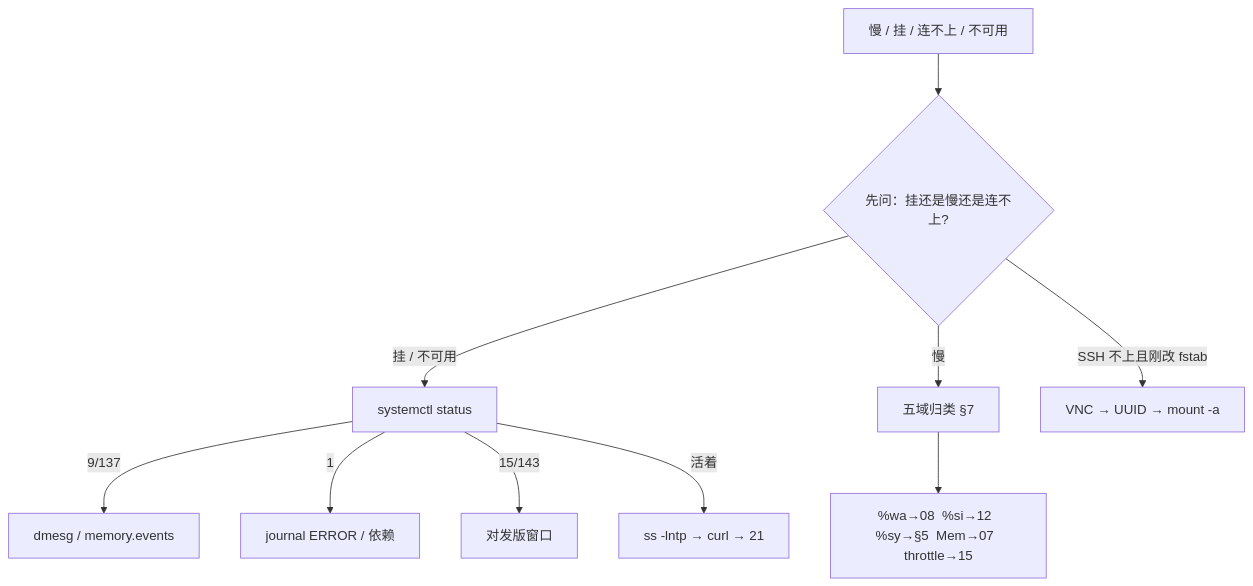
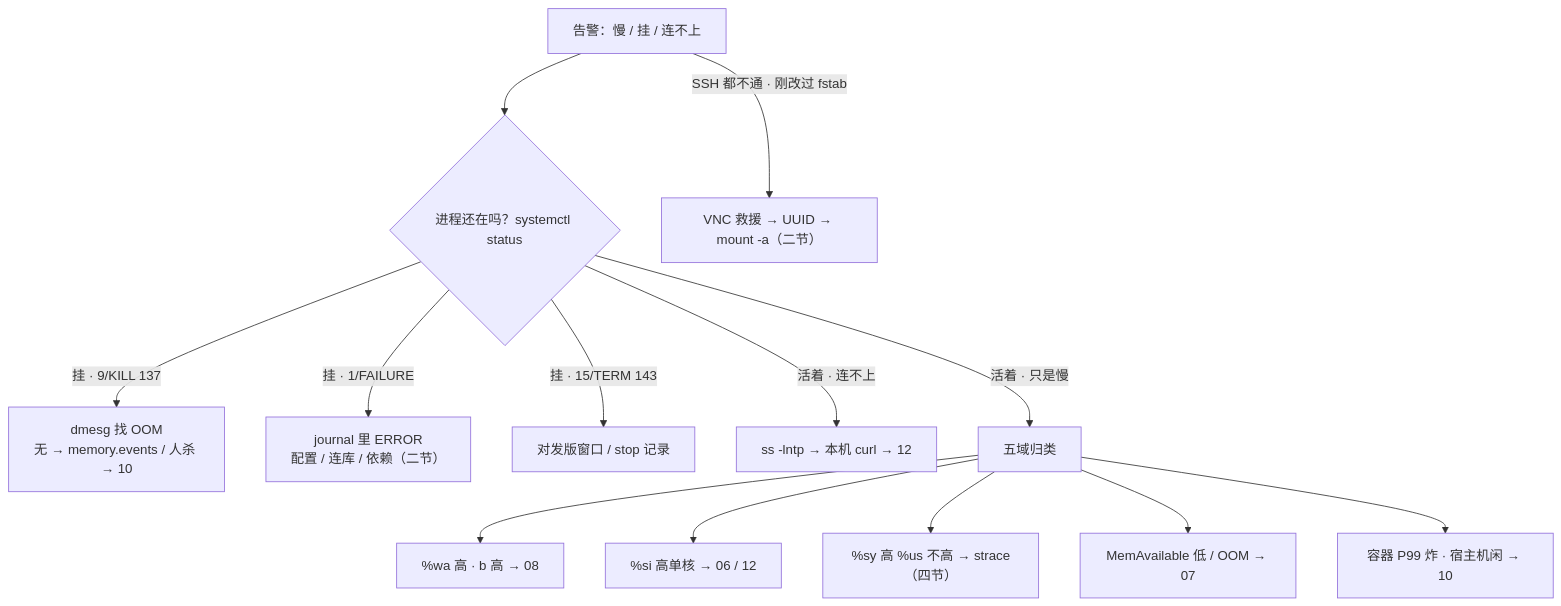
The ninth of 9 diagrams in 01-基础底座/04-内核与系统/知识点.md (ml-cuizijun/LearnToLilith), drawn with Mermaid before and after one commit. The commit also changed other lines of this file and 470 other files, not shown here.

````diff
--- a/01-基础底座/04-内核与系统/知识点.md
+++ b/01-基础底座/04-内核与系统/知识点.md
@@ -1061,12 +432,15 @@
 ```mermaid
 flowchart TB
-    A["慢 / 挂 / 连不上 / 不可用"] --> B{"先问：挂还是慢还是连不上?"}
-    B -->|挂 / 不可用| C["systemctl status"]
-    C -->|9/137| D["dmesg / memory.events"]
-    C -->|1| E["journal ERROR / 依赖"]
-    C -->|15/143| F["对发版窗口"]
-    C -->|活着| G["ss -lntp → curl → 21"]
-    B -->|慢| H["五域归类 §7"]
-    H --> I["%wa→08  %si→12  %sy→§5  Mem→07  throttle→15"]
-    B -->|SSH 不上且刚改 fstab| J["VNC → UUID → mount -a"]
+    A["告警：慢 / 挂 / 连不上"] --> B{"进程还在吗？systemctl status"}
+    B -->|"挂 · 9/KILL 137"| C["dmesg 找 OOM<br/>无 → memory.events / 人杀 → 10"]
+    B -->|"挂 · 1/FAILURE"| D["journal 里 ERROR<br/>配置 / 连库 / 依赖（二节）"]
+    B -->|"挂 · 15/TERM 143"| E["对发版窗口 / stop 记录"]
+    B -->|"活着 · 连不上"| F["ss -lntp → 本机 curl → 12"]
+    B -->|"活着 · 只是慢"| G["五域归类"]
+    G --> H["%wa 高 · b 高 → 08"]
+    G --> I["%si 高单核 → 06 / 12"]
+    G --> J["%sy 高 %us 不高 → strace（四节）"]
+    G --> K["MemAvailable 低 / OOM → 07"]
+    G --> L["容器 P99 炸 · 宿主机闲 → 10"]
+    A -->|"SSH 都不通 · 刚改过 fstab"| M["VNC 救援 → UUID → mount -a（二节）"]
 ```
````
